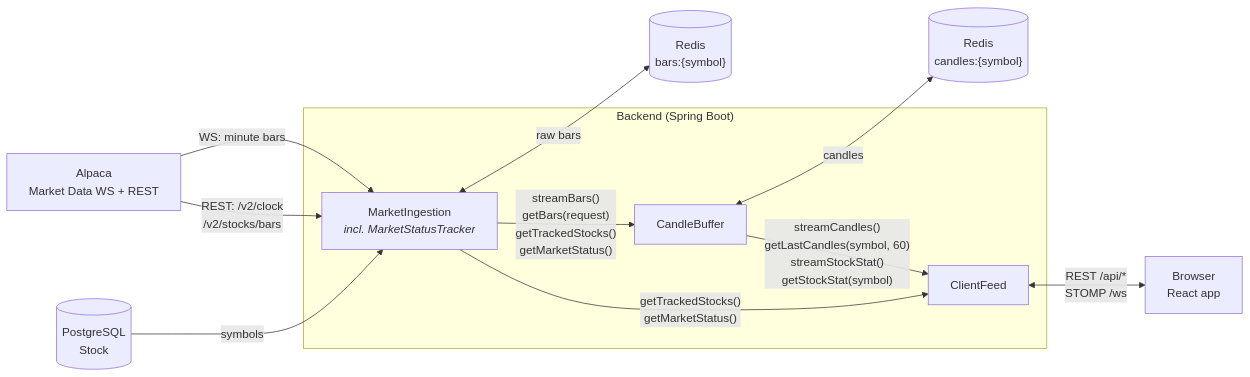
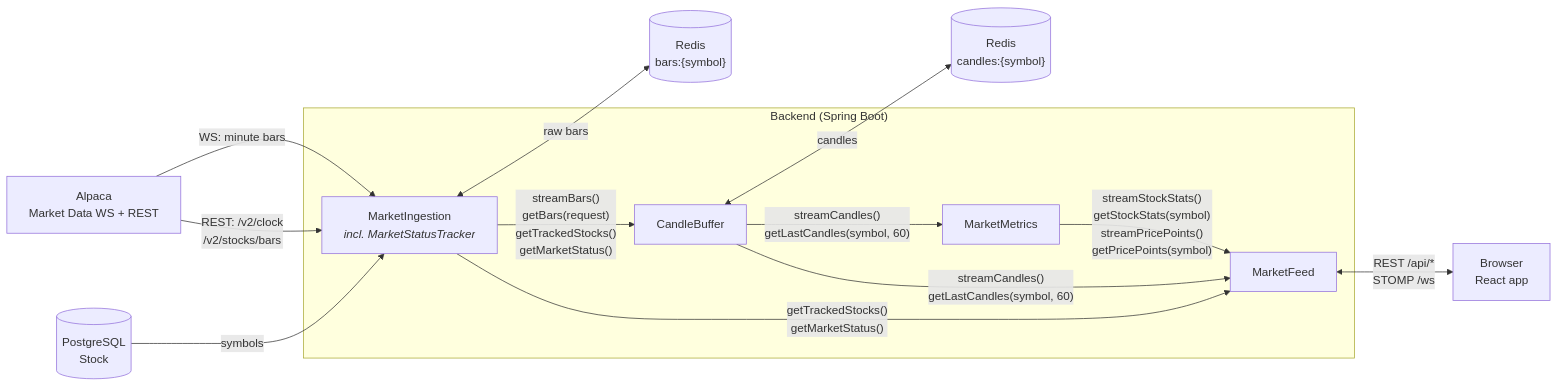
One commit to Gugau21/OMAN_finance changed the first of 2 diagrams in docs/modular-architecture.md. Above: the diagram before and after it, drawn with Mermaid. The commit also changed other lines of this file, not shown here.

Commit message:
[#46] Add docs for MarketMetrics module

````diff
--- a/docs/modular-architecture.md
+++ b/docs/modular-architecture.md
@@ -7,25 +7,28 @@
 ```mermaid
 flowchart LR
     alpaca["Alpaca<br/>Market Data WS + REST"]
     browser["Browser<br/>React app"]
     pg[("PostgreSQL<br/>Stock")]
     redisBars[("Redis<br/>bars:{symbol}")]
     redisCandles[("Redis<br/>candles:{symbol}")]
 
     subgraph backend["Backend (Spring Boot)"]
         ingestion["MarketIngestion<br/><i>incl. MarketStatusTracker</i>"]
         buffer["CandleBuffer"]
-        feed["ClientFeed"]
+        calc["MarketMetrics"]
+        feed["MarketFeed"]
     end
 
     alpaca -->|"WS: minute bars"| ingestion
     alpaca -->|"REST: /v2/clock<br/>/v2/stocks/bars"| ingestion
     pg -->|"symbols"| ingestion
     ingestion <-->|"raw bars"| redisBars
 
     ingestion -->|"streamBars()<br/>getBars(request)<br/>getTrackedStocks()<br/>getMarketStatus()"| buffer
     buffer <-->|"candles"| redisCandles
-    buffer -->|"streamCandles()<br/>getLastCandles(symbol, 60)<br/>streamStockStat()<br/>getStockStat(symbol)"| feed
+    buffer -->|"streamCandles()<br/>getLastCandles(symbol, 60)"| calc
+    calc -->|"streamStockStats()<br/>getStockStats(symbol)<br/>streamPricePoints()<br/>getPricePoints(symbol)"| feed
+    buffer -->|"streamCandles()<br/>getLastCandles(symbol, 60)"| feed
     ingestion -->|"getTrackedStocks()<br/>getMarketStatus()"| feed
     feed <-->|"REST /api/*<br/>STOMP /ws"| browser
 ```
````
